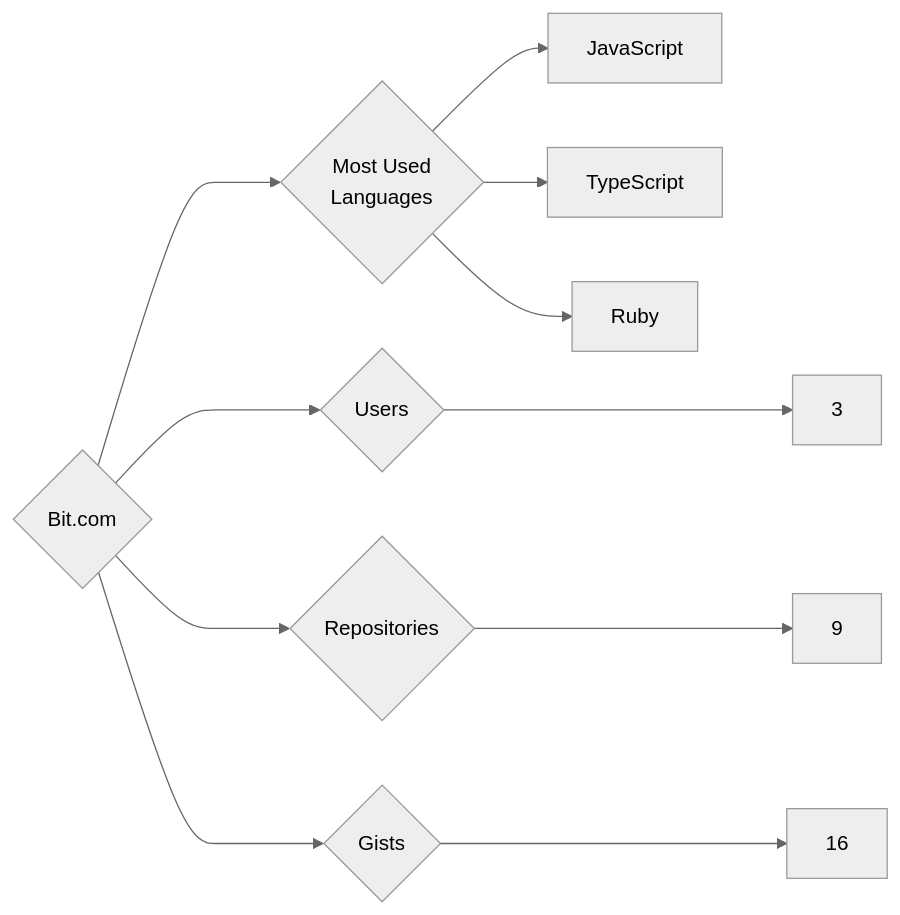
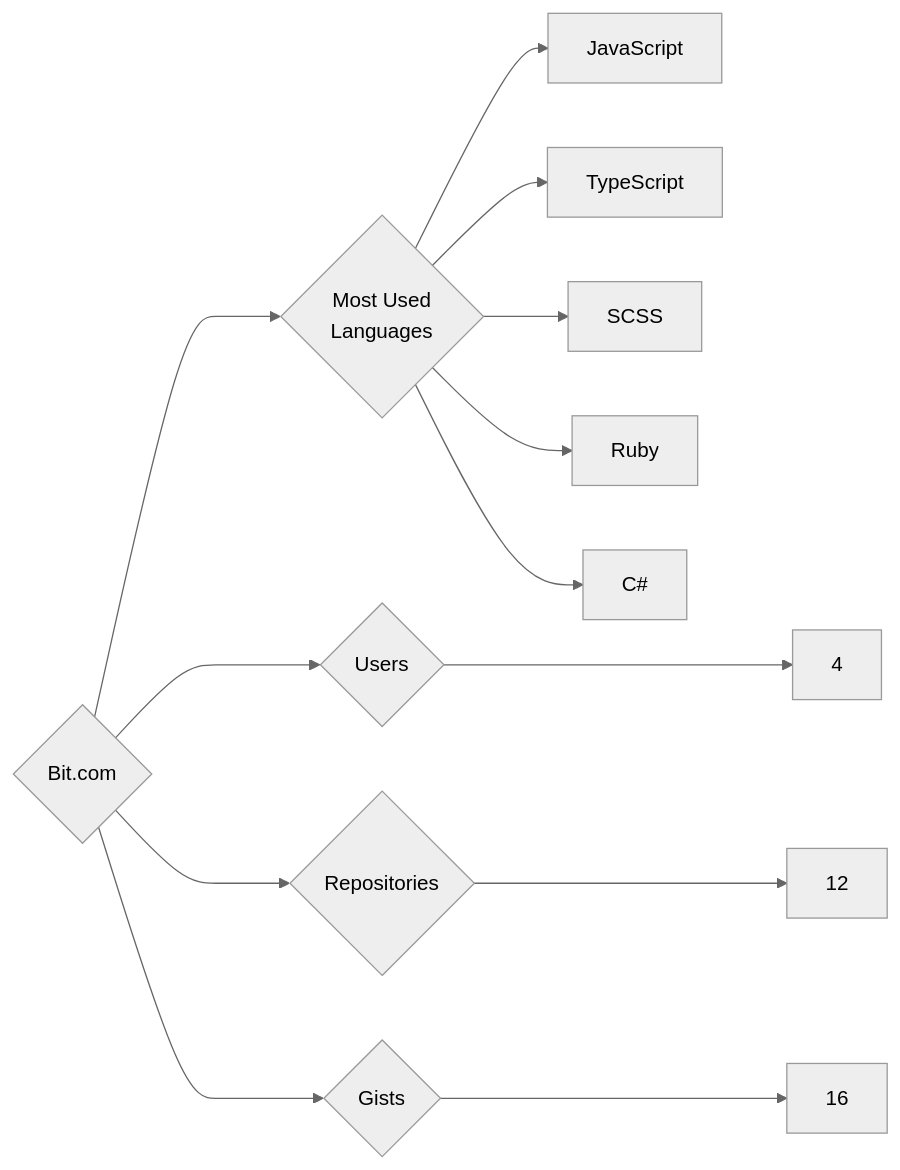
Before and after one commit to trickest/insiders: the diagram in targets/Bit.com/README.md, drawn with Mermaid (neutral theme). The commit also changed 933 other files, not shown here.

````diff
--- a/targets/Bit.com/README.md
+++ b/targets/Bit.com/README.md
@@ -3,11 +3,13 @@
 ```mermaid
 graph LR
 COMPANY_NAME{Bit.com}
-COMPANY_NAME ---> U{Users} ---> UN[3]
-COMPANY_NAME ---> R{Repositories} ---> RN[9]
+COMPANY_NAME ---> U{Users} ---> UN[4]
+COMPANY_NAME ---> R{Repositories} ---> RN[12]
 COMPANY_NAME ---> G{Gists} ---> GN[16]
 COMPANY_NAME ---> ML{Most Used<br>Languages}
 ML --> JavaScript[JavaScript]
 ML --> TypeScript[TypeScript]
+ML --> SCSS[SCSS]
 ML --> Ruby[Ruby]
+ML --> C#[C#]
 ```
````
